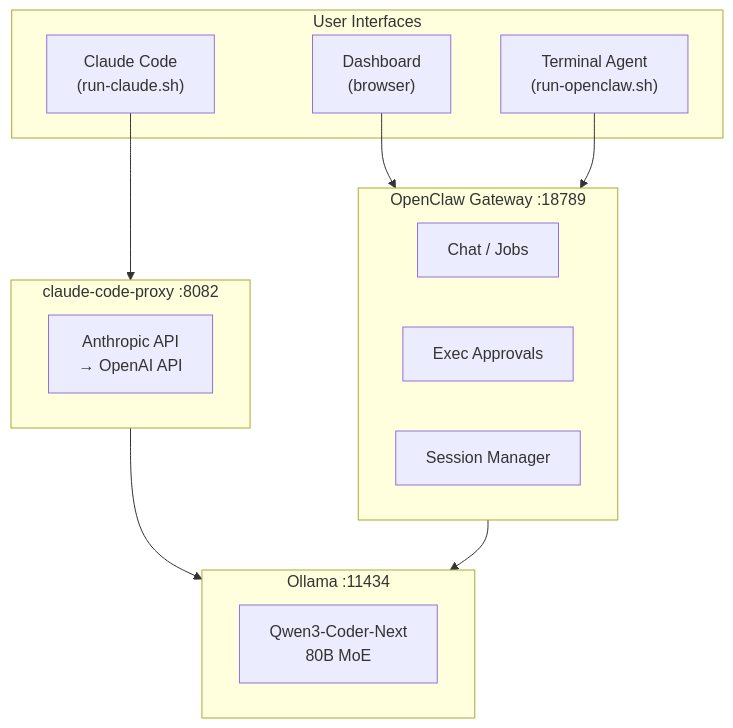
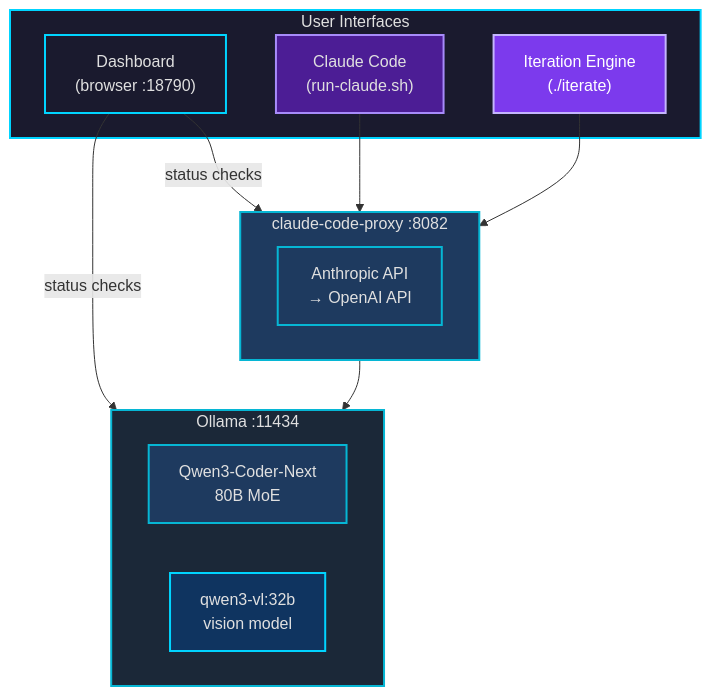
The first of 6 diagrams in docs/architecture.md (mvalancy/tritium-coder), drawn with Mermaid before and after one commit. The commit also changed other lines of this file and 16 other files, not shown here.

First line of the commit message:
Remove OpenClaw dependency, go fully independent

````diff
--- a/docs/architecture.md
+++ b/docs/architecture.md
@@ -9,28 +9,33 @@
 ```mermaid
 flowchart TB
     subgraph User["User Interfaces"]
-        Dashboard["Dashboard\n(browser)"]
-        Terminal["Terminal Agent\n(run-openclaw.sh)"]
-        Claude["Claude Code\n(run-claude.sh)"]
-    end
-
-    subgraph Gateway["OpenClaw Gateway :18789"]
-        Chat["Chat / Jobs"]
-        Approvals["Exec Approvals"]
-        Sessions["Session Manager"]
+        Dashboard["Dashboard<br/>(browser :18790)"]
+        Terminal["Claude Code<br/>(run-claude.sh)"]
+        Iterate["Iteration Engine<br/>(./iterate)"]
     end
 
     subgraph Proxy["claude-code-proxy :8082"]
-        Translate["Anthropic API\n→ OpenAI API"]
+        Translate["Anthropic API<br/>→ OpenAI API"]
     end
 
     subgraph Ollama["Ollama :11434"]
-        Model["Qwen3-Coder-Next\n80B MoE"]
+        Coder["Qwen3-Coder-Next<br/>80B MoE"]
+        Vision["qwen3-vl:32b<br/>vision model"]
     end
 
-    Dashboard --> Gateway
-    Terminal --> Gateway
-    Claude --> Proxy
+    Dashboard -->|"status checks"| Ollama
+    Dashboard -->|"status checks"| Proxy
+    Terminal --> Proxy
+    Iterate --> Proxy
     Proxy --> Ollama
-    Gateway --> Ollama
+
+    style User fill:#1a1a2e,stroke:#00d4ff,color:#e0e0e0,stroke-width:2px
+    style Proxy fill:#1e3a5f,stroke:#06b6d4,color:#e0e0e0,stroke-width:2px
+    style Ollama fill:#1b2838,stroke:#06b6d4,color:#e0e0e0,stroke-width:2px
+    style Dashboard fill:#1a1a2e,stroke:#00d4ff,color:#e0e0e0,stroke-width:2px
+    style Terminal fill:#4c1d95,stroke:#a78bfa,color:#e0e0e0,stroke-width:2px
+    style Iterate fill:#7c3aed,stroke:#c4b5fd,color:#ffffff,stroke-width:2px
+    style Translate fill:#1e3a5f,stroke:#06b6d4,color:#e0e0e0,stroke-width:2px
+    style Coder fill:#1e3a5f,stroke:#06b6d4,color:#e0e0e0,stroke-width:2px
+    style Vision fill:#0f3460,stroke:#00d4ff,color:#e0e0e0,stroke-width:2px
 ```
````
